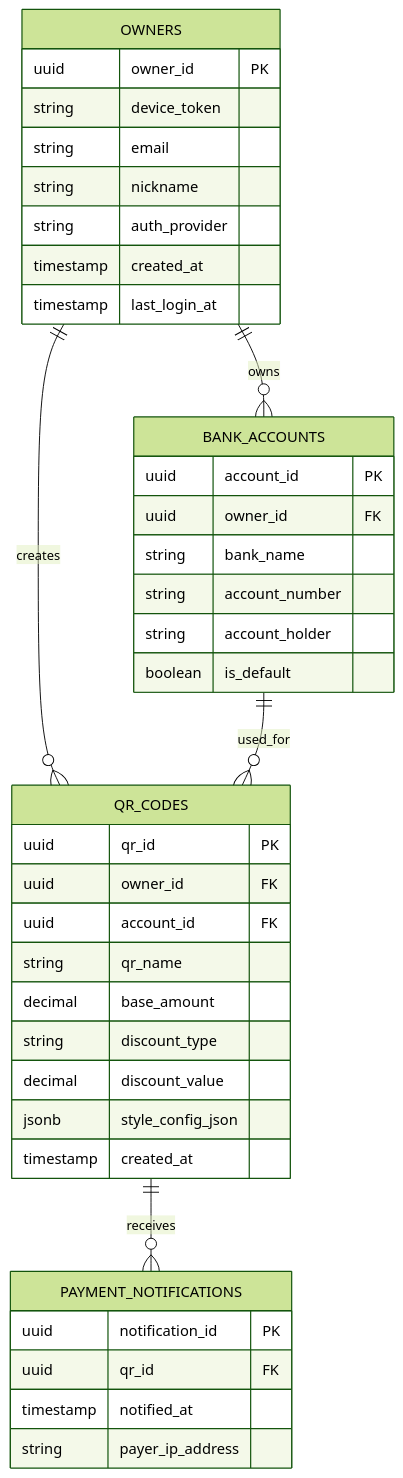
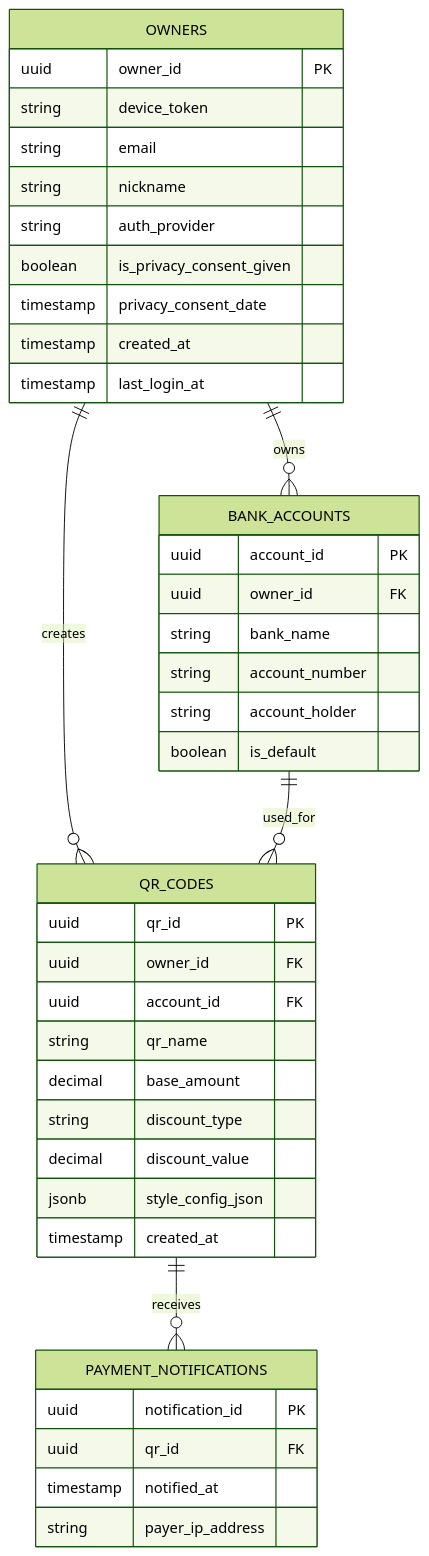
One commit to hmsoo0331/chackchack changed the diagram in documents/erd.md. Above: the diagram before and after it, drawn with Mermaid (forest theme). The commit also changed other lines of this file and 77 other files, not shown here.

````diff
--- a/documents/erd.md
+++ b/documents/erd.md
@@ -15,45 +15,47 @@
 ```mermaid
 erDiagram
     OWNERS {
         uuid owner_id PK
         string device_token
         string email
         string nickname  
         string auth_provider
+        boolean is_privacy_consent_given
+        timestamp privacy_consent_date
         timestamp created_at
         timestamp last_login_at
     }
     
     BANK_ACCOUNTS {
         uuid account_id PK
         uuid owner_id FK
         string bank_name
         string account_number
         string account_holder
         boolean is_default
     }
     
     QR_CODES {
         uuid qr_id PK
         uuid owner_id FK
         uuid account_id FK
         string qr_name
         decimal base_amount
         string discount_type
         decimal discount_value
         jsonb style_config_json
         timestamp created_at
     }
     
     PAYMENT_NOTIFICATIONS {
         uuid notification_id PK
         uuid qr_id FK
         timestamp notified_at
         string payer_ip_address
     }
 
     OWNERS ||--o{ BANK_ACCOUNTS : owns
     OWNERS ||--o{ QR_CODES : creates
     BANK_ACCOUNTS ||--o{ QR_CODES : used_for
     QR_CODES ||--o{ PAYMENT_NOTIFICATIONS : receives
 ```
````
